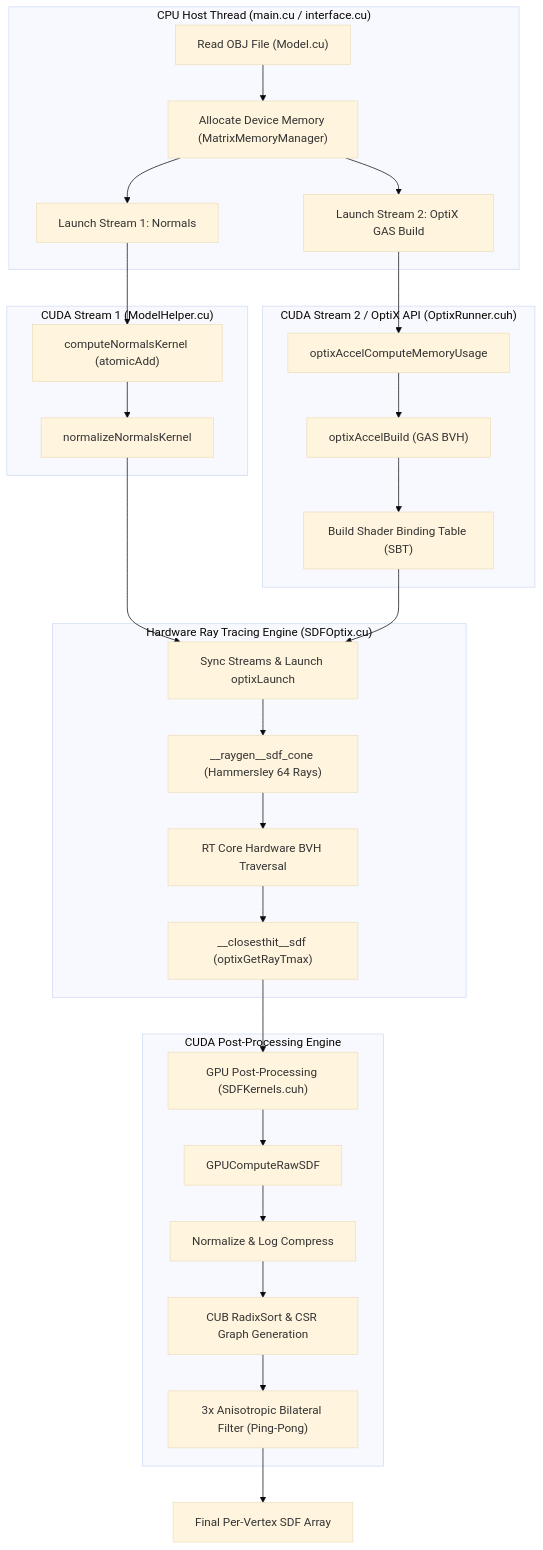
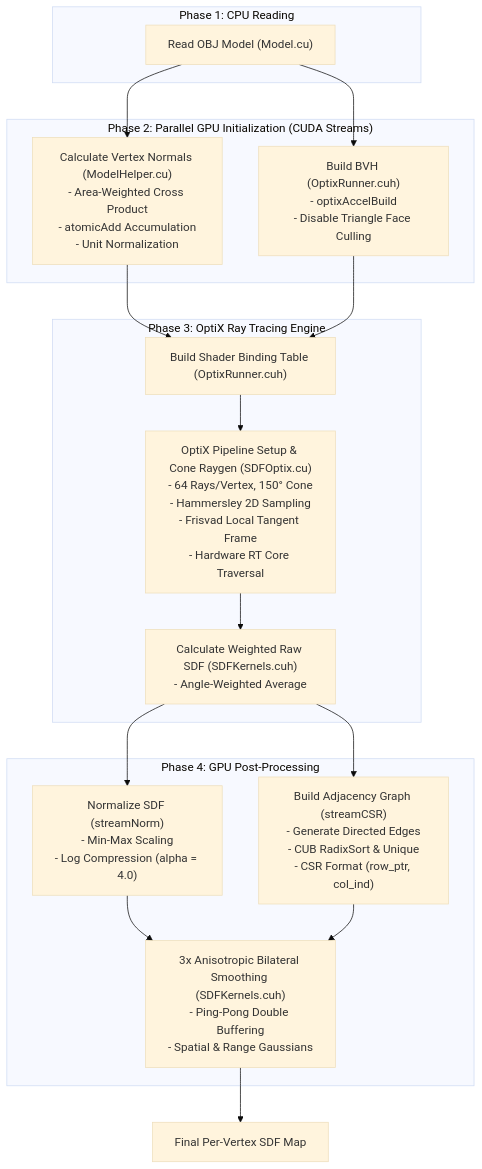
Before and after one commit to TommyDatLC/OptimizeSDF: the diagram in README.md, drawn with Mermaid (base theme). The commit also changed other lines of this file, not shown here.

````diff
--- a/README.md
+++ b/README.md
@@ -195,39 +97,27 @@
 ```mermaid
 flowchart TD
-    subgraph Host ["CPU Host Thread (main.cu / interface.cu)"]
-        A["Read OBJ File (Model.cu)"] --> B["Allocate Device Memory (MatrixMemoryManager)"]
-        B --> C1["Launch Stream 1: Normals"]
-        B --> C2["Launch Stream 2: OptiX GAS Build"]
+    subgraph Phase1 ["Phase 1: CPU Reading"]
+        A["Read OBJ Model (Model.cu)"]
     end
 
-    subgraph Stream1 ["CUDA Stream 1 (ModelHelper.cu)"]
-        C1 --> D1["computeNormalsKernel (atomicAdd)"]
-        D1 --> E1["normalizeNormalsKernel"]
+    subgraph Phase2 ["Phase 2: Parallel GPU Initialization (CUDA Streams)"]
+        A --> B1["Calculate Vertex Normals (ModelHelper.cu)<br/>- Area-Weighted Cross Product<br/>- atomicAdd Accumulation<br/>- Unit Normalization"]
+        A --> B2["Build BVH (OptixRunner.cuh)<br/>- optixAccelBuild<br/>- Disable Triangle Face Culling"]
     end
 
-    subgraph Stream2 ["CUDA Stream 2 / OptiX API (OptixRunner.cuh)"]
-        C2 --> D2["optixAccelComputeMemoryUsage"]
-        D2 --> E2["optixAccelBuild (GAS BVH)"]
-        E2 --> F2["Build Shader Binding Table (SBT)"]
+    subgraph Phase3 ["Phase 3: OptiX Ray Tracing Engine"]
+        B1 --> C1["Build Shader Binding Table (OptixRunner.cuh)"]
+        B2 --> C1
+        C1 --> C2["OptiX Pipeline Setup & Cone Raygen (SDFOptix.cu)<br/>- 64 Rays/Vertex, 150° Cone<br/>- Hammersley 2D Sampling<br/>- Frisvad Local Tangent Frame<br/>- Hardware RT Core Traversal"]
+        C2 --> C3["Calculate Weighted Raw SDF (SDFKernels.cuh)<br/>- Angle-Weighted Average"]
     end
 
-    E1 --> G["Sync Streams & Launch optixLaunch"]
-    F2 --> G
-
-    subgraph OptiX ["Hardware Ray Tracing Engine (SDFOptix.cu)"]
-        G --> H["__raygen__sdf_cone (Hammersley 64 Rays)"]
-        H --> I["RT Core Hardware BVH Traversal"]
-        I --> J["__closesthit__sdf (optixGetRayTmax)"]
+    subgraph Phase4 ["Phase 4: GPU Post-Processing"]
+        C3 --> D1["Normalize SDF (streamNorm)<br/>- Min-Max Scaling<br/>- Log Compression (alpha = 4.0)"]
+        C3 --> D2["Build Adjacency Graph (streamCSR)<br/>- Generate Directed Edges<br/>- CUB RadixSort & Unique<br/>- CSR Format (row_ptr, col_ind)"]
+        D1 --> E["3x Anisotropic Bilateral Smoothing (SDFKernels.cuh)<br/>- Ping-Pong Double Buffering<br/>- Spatial & Range Gaussians"]
+        D2 --> E
     end
 
-    J --> K["GPU Post-Processing (SDFKernels.cuh)"]
-
-    subgraph PostProc ["CUDA Post-Processing Engine"]
-        K --> L["GPUComputeRawSDF"]
-        L --> M["Normalize & Log Compress"]
-        M --> N["CUB RadixSort & CSR Graph Generation"]
-        N --> O["3x Anisotropic Bilateral Filter (Ping-Pong)"]
-    end
-
-    O --> P["Final Per-Vertex SDF Array"]
+    E --> F["Final Per-Vertex SDF Map"]
 ```
````
